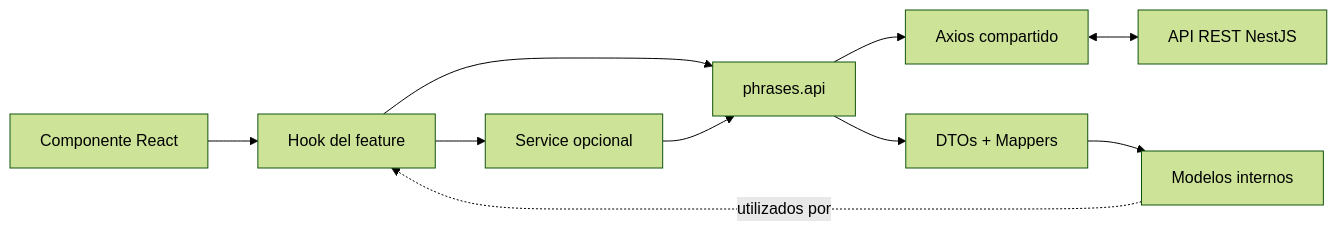
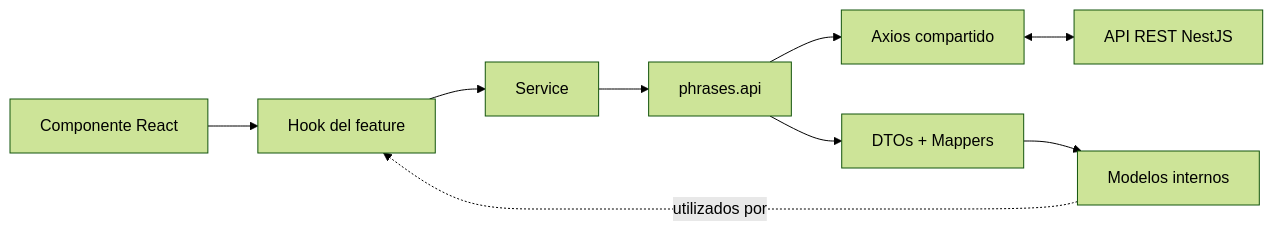
Before and after one commit to eduardoquispe/semantic-phrase-app: the first of 2 diagrams in docs/03-architecture/03-frontend-architecture.md, drawn with Mermaid (forest theme). The commit also changed other lines of this file and 7 other files, not shown here.

````diff
--- a/docs/03-architecture/03-frontend-architecture.md
+++ b/docs/03-architecture/03-frontend-architecture.md
@@ -179,12 +179,11 @@
 ```mermaid
 flowchart LR
     UI[Componente React] --> HOOK[Hook del feature]
-    HOOK --> SERVICE[Service opcional]
-    HOOK --> API[phrases.api]
-    SERVICE --> API
+    HOOK --> SERVICE[Service]
+    SERVICE --> API[phrases.api]
     API --> HTTP[Axios compartido]
     HTTP <--> BE[API REST NestJS]
     API --> ACL[DTOs + Mappers]
     ACL --> MODEL[Modelos internos]
     MODEL -. utilizados por .-> HOOK
 ```
````
